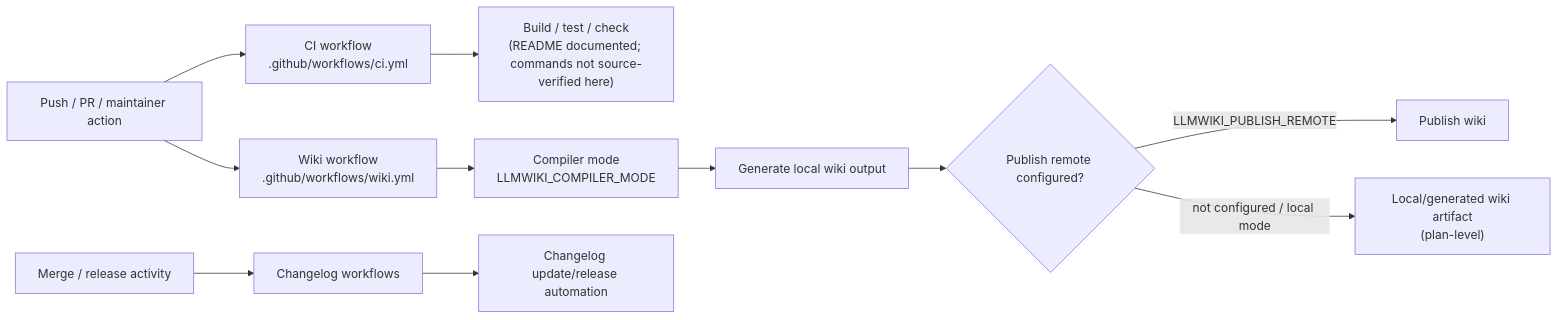
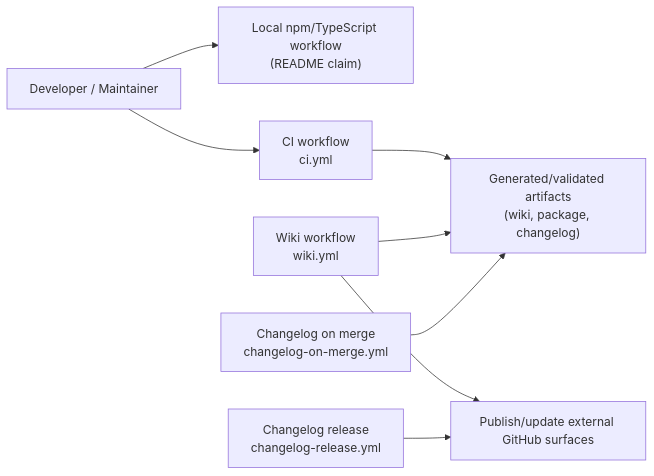
One commit to mfittko/repo-wiki changed the third of 3 diagrams in Architecture.md. Above: the diagram before and after it, drawn with Mermaid. The commit also changed other lines of this file and 43 other files, not shown here.

````diff
--- a/Architecture.md
+++ b/Architecture.md
@@ -310,16 +217,19 @@
 ```mermaid
 flowchart LR
-    Push["Push / PR / maintainer action"] --> CI["CI workflow<br/>.github/workflows/ci.yml"]
-    Push --> WikiWF["Wiki workflow<br/>.github/workflows/wiki.yml"]
-    MergeOrRelease["Merge / release activity"] --> ChangeWF["Changelog workflows"]
+  Dev["Developer / Maintainer"]
+  Local["Local npm/TypeScript workflow<br/>(README claim)"]
+  CI["CI workflow<br/>ci.yml"]
+  Wiki["Wiki workflow<br/>wiki.yml"]
+  ChangeOnMerge["Changelog on merge<br/>changelog-on-merge.yml"]
+  ChangeRelease["Changelog release<br/>changelog-release.yml"]
+  Artifact["Generated/validated artifacts<br/>(wiki, package, changelog)"]
+  Publish["Publish/update external GitHub surfaces"]
 
-    CI --> BuildTest["Build / test / check<br/>(README documented; commands not source-verified here)"]
-
-    WikiWF --> Mode["Compiler mode<br/>LLMWIKI_COMPILER_MODE"]
-    Mode --> Generate["Generate local wiki output"]
-    Generate --> PublishDecision{"Publish remote configured?"}
-    PublishDecision -->|LLMWIKI_PUBLISH_REMOTE| Publish["Publish wiki"]
-    PublishDecision -->|not configured / local mode| Artifact["Local/generated wiki artifact<br/>(plan-level)"]
-
-    ChangeWF --> Changelog["Changelog update/release automation"]
+  Dev --> Local
+  Dev --> CI
+  CI --> Artifact
+  Wiki --> Artifact
+  Wiki --> Publish
+  ChangeOnMerge --> Artifact
+  ChangeRelease --> Publish
 ```
````
